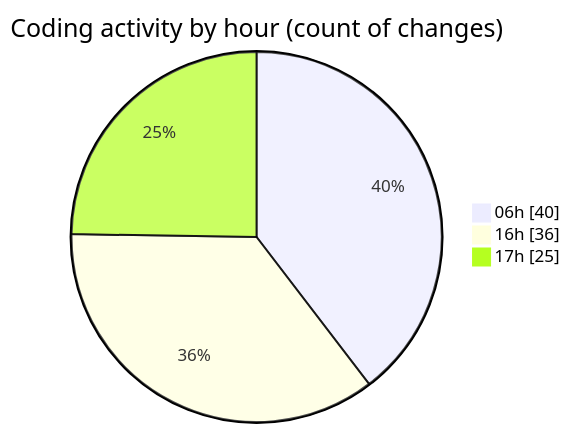
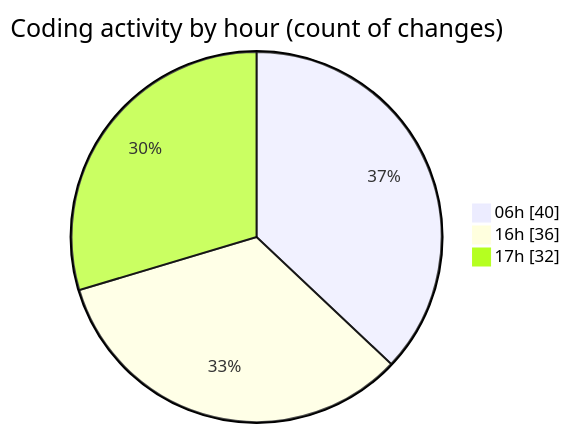
The second of 2 diagrams in 2025-02-25/micros/README.md (charlie-sans/code-tracking), drawn with Mermaid before and after one commit. The commit also changed other lines of this file and 1 other file, not shown here.

````diff
--- a/2025-02-25/micros/README.md
+++ b/2025-02-25/micros/README.md
@@ -65,7 +66,7 @@
 ```mermaid
 pie showData
 title Coding activity by hour (count of changes)
 "06h" : 40
 "16h" : 36
-"17h" : 25
+"17h" : 32
 ```
````
